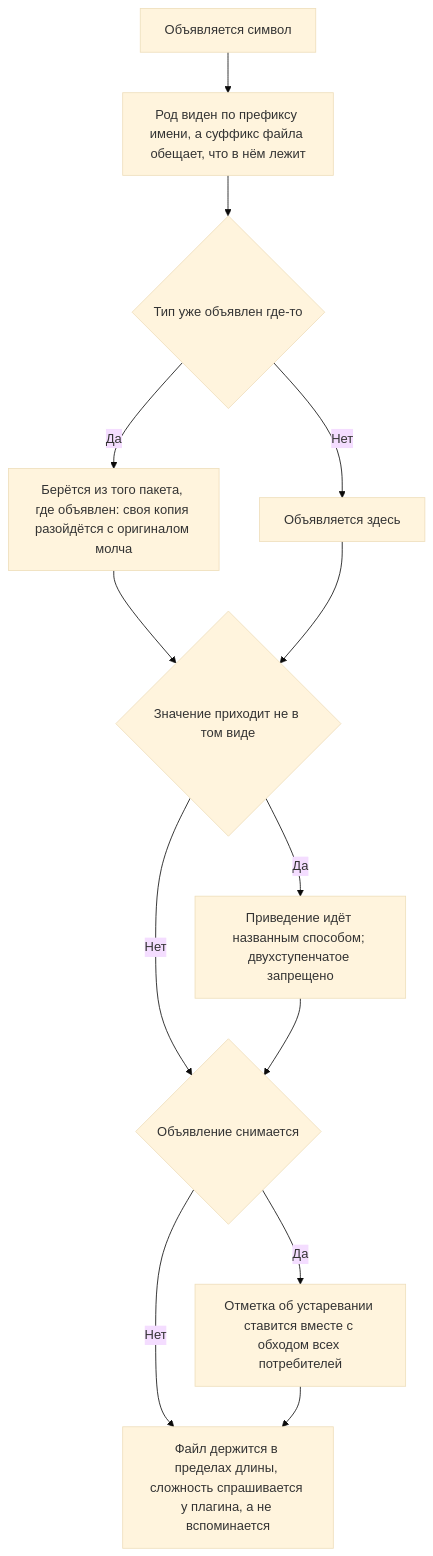
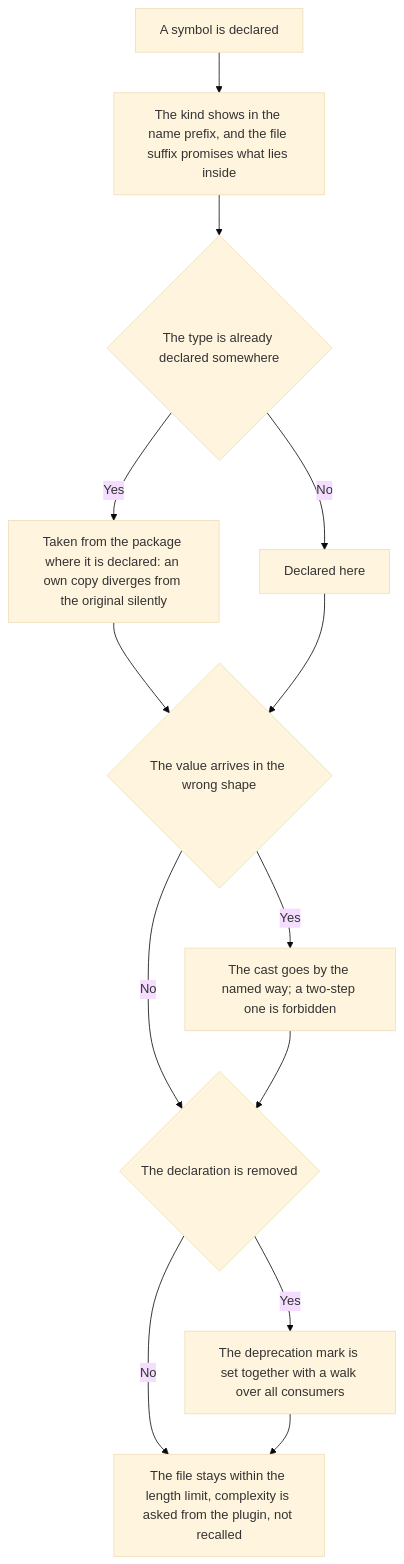
Before and after one commit to Eyhenij/rt-tools: the diagram in .claude/skills/typescript-conventions/SKILL.md, drawn with Mermaid (base theme). The commit also changed other lines of this file and 33 other files, not shown here.

````diff
--- a/.claude/skills/typescript-conventions/SKILL.md
+++ b/.claude/skills/typescript-conventions/SKILL.md
@@ -34,15 +34,15 @@
 ```mermaid
 flowchart TD
-    A[Объявляется символ] --> B[Род виден по префиксу имени, а суффикс файла обещает, что в нём лежит]
-    B --> C{Тип уже объявлен где-то}
-    C -->|Да| D[Берётся из того пакета, где объявлен: своя копия разойдётся с оригиналом молча]
-    C -->|Нет| E[Объявляется здесь]
-    D --> F{Значение приходит не в том виде}
+    A[A symbol is declared] --> B[The kind shows in the name prefix, and the file suffix promises what lies inside]
+    B --> C{The type is already declared somewhere}
+    C -->|Yes| D[Taken from the package where it is declared: an own copy diverges from the original silently]
+    C -->|No| E[Declared here]
+    D --> F{The value arrives in the wrong shape}
     E --> F
-    F -->|Да| G[Приведение идёт названным способом; двухступенчатое запрещено]
-    F -->|Нет| H{Объявление снимается}
+    F -->|Yes| G[The cast goes by the named way; a two-step one is forbidden]
+    F -->|No| H{The declaration is removed}
     G --> H
-    H -->|Да| I[Отметка об устаревании ставится вместе с обходом всех потребителей]
-    H -->|Нет| J[Файл держится в пределах длины, сложность спрашивается у плагина, а не вспоминается]
+    H -->|Yes| I[The deprecation mark is set together with a walk over all consumers]
+    H -->|No| J[The file stays within the length limit, complexity is asked from the plugin, not recalled]
     I --> J
 ```
````
